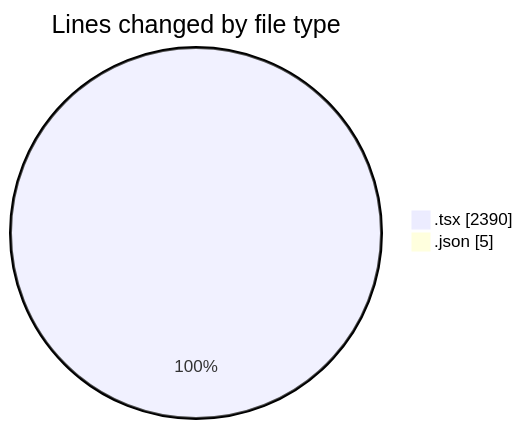
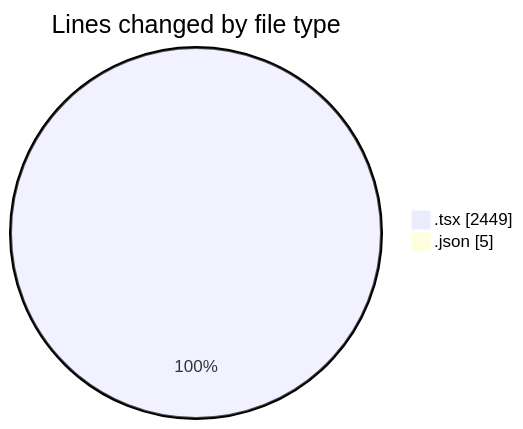
Before and after one commit to Elitesun/code-tracking: the first of 2 diagrams in 2025-05-07/niten/README.md, drawn with Mermaid. The commit also changed other lines of this file and 1 other file, not shown here.

````diff
--- a/2025-05-07/niten/README.md
+++ b/2025-05-07/niten/README.md
@@ -42,6 +42,6 @@
 ```mermaid
 pie showData
 title Lines changed by file type
-".tsx" : 2390
+".tsx" : 2449
 ".json" : 5
 ```
````
